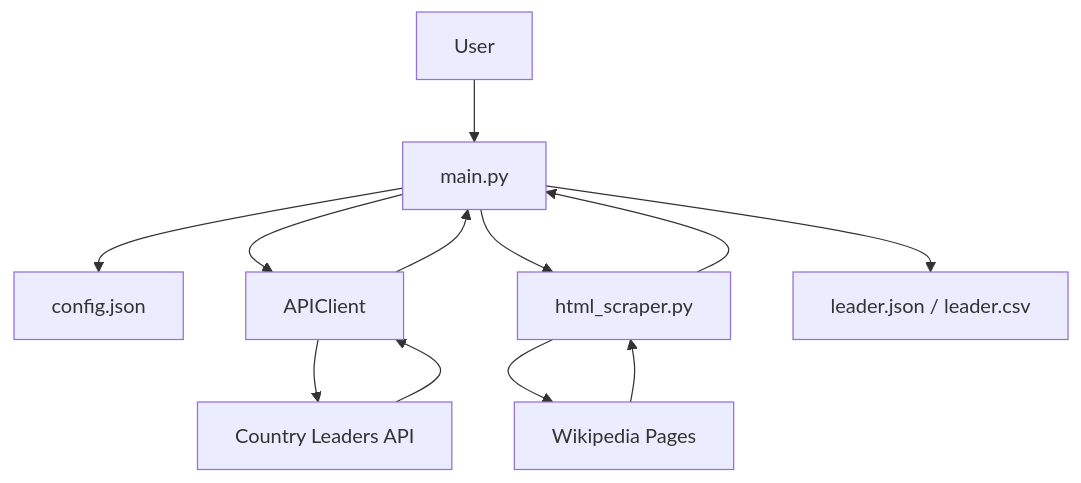
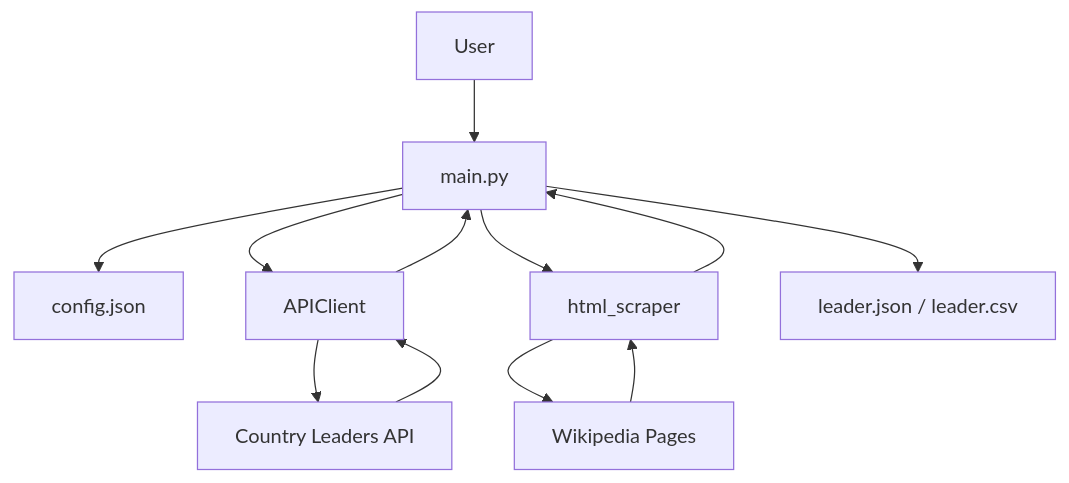
Before and after one commit to lienkt/wikipedia-scraper: the diagram in README.md, drawn with Mermaid.

Commit message:
modified the diagram

````diff
--- a/README.md
+++ b/README.md
@@ -45,25 +45,25 @@
 ```mermaid
 flowchart TB
 
     USER[User]
 
     USER --> MAIN[main.py]
 
     MAIN --> CONFIG[config.json]
 
     MAIN --> API[APIClient]
 
     API --> COUNTRY_API[Country Leaders API]
 
-    MAIN --> SCRAPER[html_scraper.py]
+    MAIN --> SCRAPER[html_scraper]
 
     SCRAPER --> WIKI[Wikipedia Pages]
 
     COUNTRY_API --> API
     WIKI --> SCRAPER
 
     API --> MAIN
     SCRAPER --> MAIN
 
     MAIN --> OUTPUT[leader.json / leader.csv]
 ```
````
